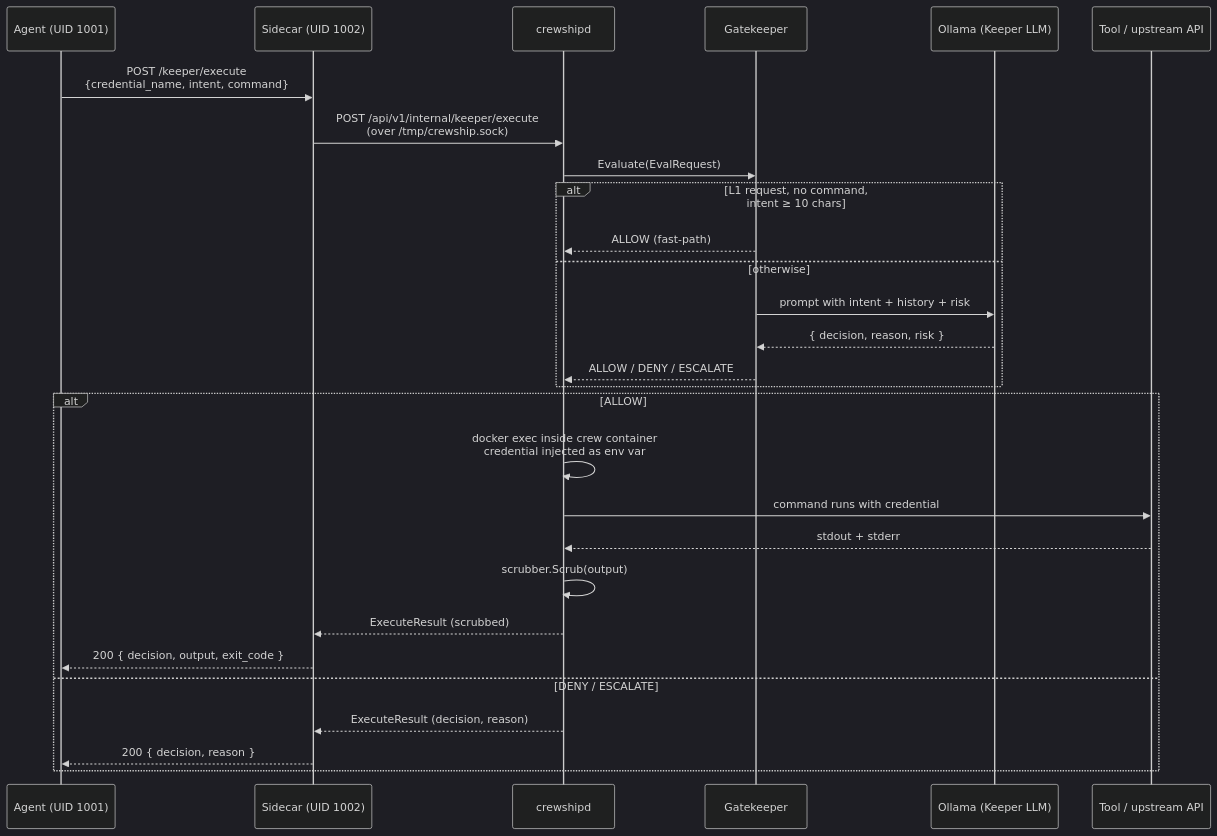
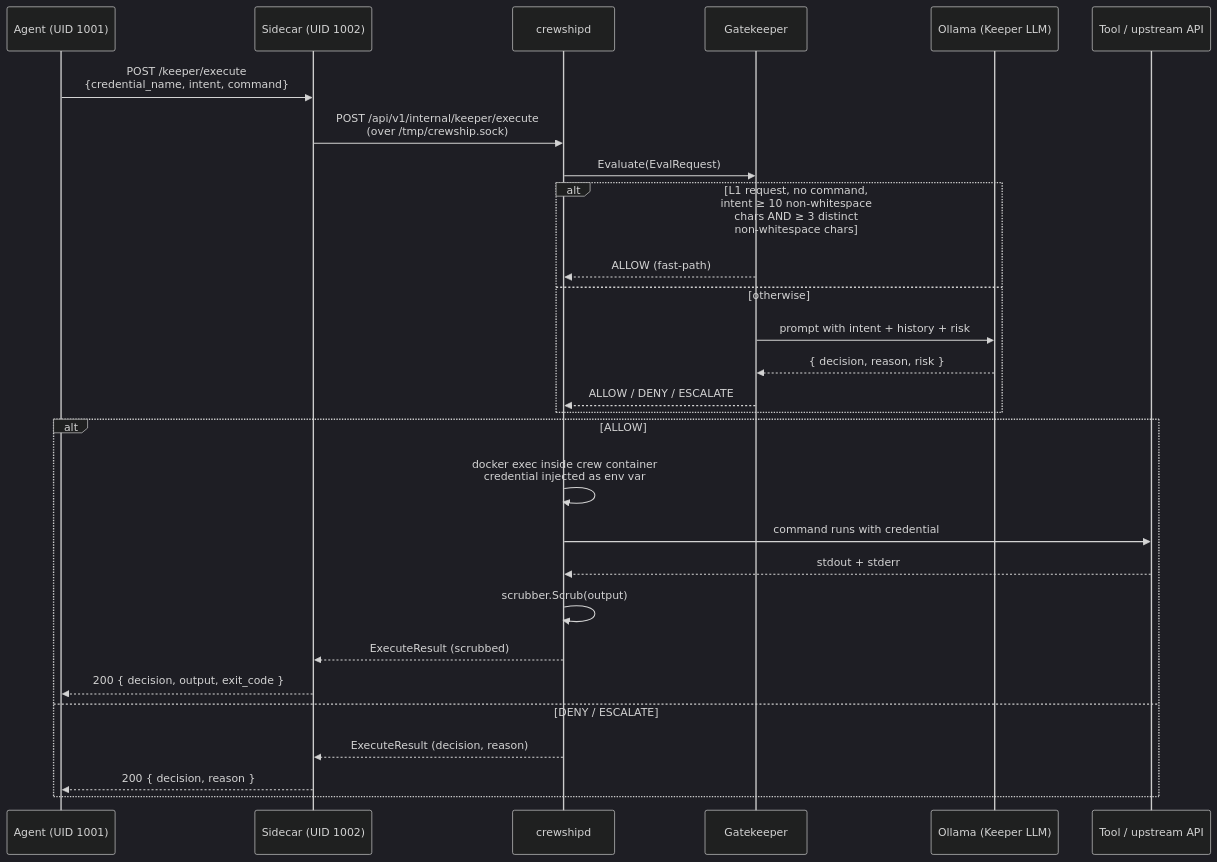
One commit to crewship-ai/crewship changed the diagram in docs/architecture.mdx. Above: the diagram before and after it, drawn with Mermaid (dark theme). The commit also changed other lines of this file and 7 other files, not shown here.

````diff
--- a/docs/architecture.mdx
+++ b/docs/architecture.mdx
@@ -219,31 +219,31 @@
 ```mermaid
 sequenceDiagram
     participant Agent as Agent (UID 1001)
     participant Side as Sidecar (UID 1002)
     participant Cd as crewshipd
     participant GK as Gatekeeper
     participant LLM as Ollama (Keeper LLM)
     participant Tool as Tool / upstream API
 
     Agent->>Side: POST /keeper/execute<br/>{credential_name, intent, command}
     Side->>Cd: POST /api/v1/internal/keeper/execute<br/>(over /tmp/crewship.sock)
     Cd->>GK: Evaluate(EvalRequest)
-    alt L1 request, no command, intent ≥ 10 chars
+    alt L1 request, no command, intent ≥ 10 non-whitespace chars AND ≥ 3 distinct non-whitespace chars
         GK-->>Cd: ALLOW (fast-path)
     else otherwise
         GK->>LLM: prompt with intent + history + risk
         LLM-->>GK: { decision, reason, risk }
         GK-->>Cd: ALLOW / DENY / ESCALATE
     end
     alt ALLOW
         Cd->>Cd: docker exec inside crew container<br/>credential injected as env var
         Cd->>Tool: command runs with credential
         Tool-->>Cd: stdout + stderr
         Cd->>Cd: scrubber.Scrub(output)
         Cd-->>Side: ExecuteResult (scrubbed)
         Side-->>Agent: 200 { decision, output, exit_code }
     else DENY / ESCALATE
         Cd-->>Side: ExecuteResult (decision, reason)
         Side-->>Agent: 200 { decision, reason }
     end
 ```
````
